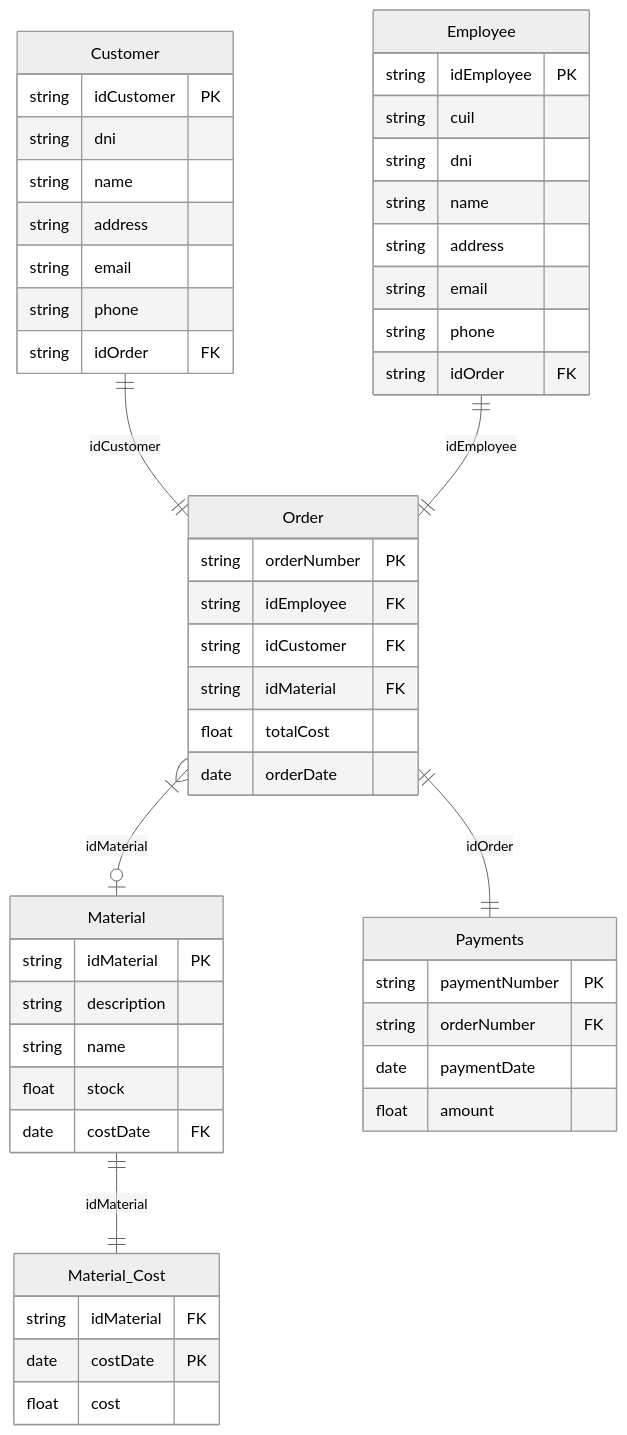
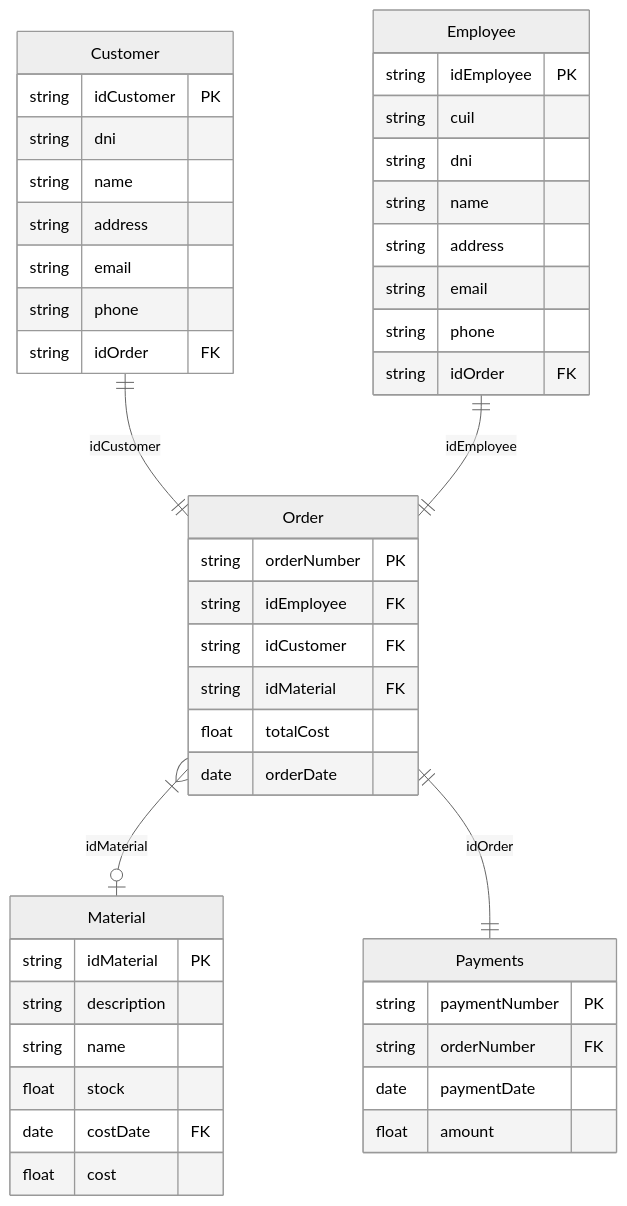
One commit to utnfrrodsw/tp changed the diagram in proposal.md. Above: the diagram before and after it, drawn with Mermaid (neutral theme).

Commit message:
Update proposal: atributes and material_Cost

````diff
--- a/proposal.md
+++ b/proposal.md
@@ -17,61 +17,56 @@
 ```mermaid
 erDiagram
 
 Customer{
 string idCustomer PK
 string dni
 string name
 string address
 string email
 string phone
 string idOrder FK
 }
 
 Employee{
 string idEmployee PK
 string cuil
 string dni
 string name
 string address
 string email
 string phone
 string idOrder FK
 }
 
 Order{
 string orderNumber PK
 string idEmployee FK
 string idCustomer FK
 string idMaterial FK
 float totalCost
 date orderDate
 }
 
 Material{
 string idMaterial PK
 string description
 string name
 float stock
 date costDate FK
+float cost
 }
 
-Material_Cost{
-string idMaterial FK
-date costDate PK
-float cost 
-}
 
 Payments{
 string paymentNumber PK
 string orderNumber FK 
 date paymentDate
 float amount 
 }
 
 
 Customer ||--|| Order:idCustomer
 Employee ||--|| Order:idEmployee
 Order }|--o| Material:idMaterial
 Order ||--|| Payments:idOrder
-Material ||--|| Material_Cost:idMaterial 
 ```
````
